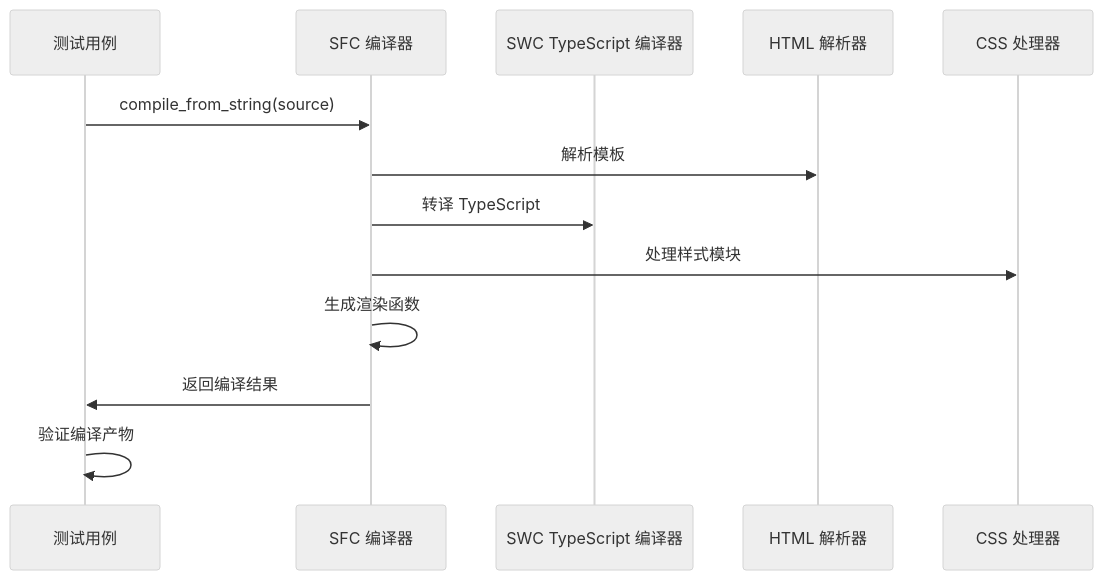
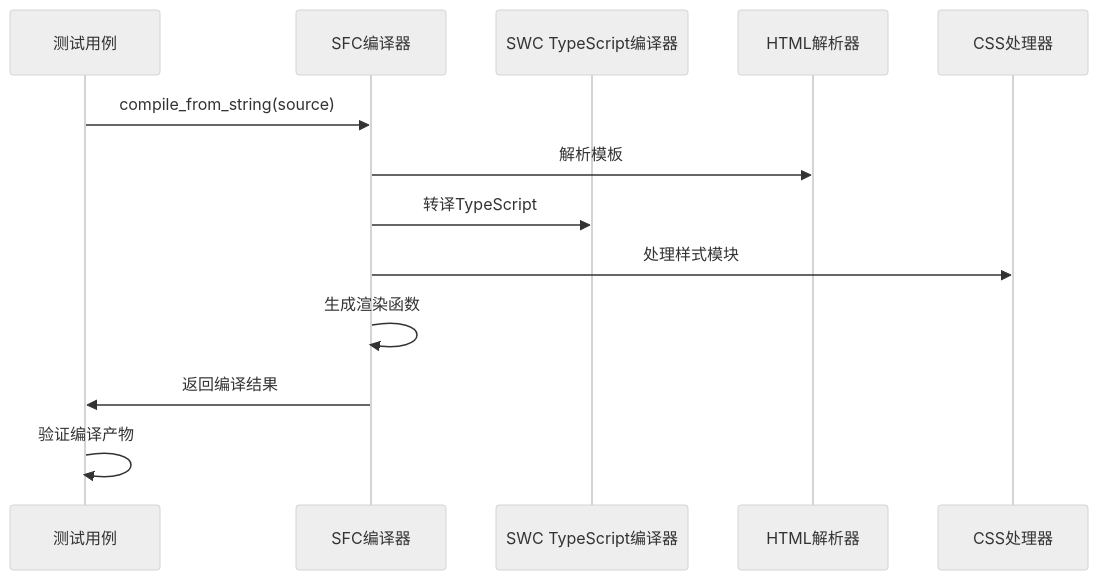
Before and after one commit to itszzl-sudo/iris: the ninth of 15 diagrams in .qoder/repowiki/zh/content/核心功能特性/工程化与商业化能力/测试框架与基础设施/测试框架与基础设施.md, drawn with Mermaid (neutral theme). The commit also changed other lines of this file and 4 other files, not shown here.

````diff
--- a/.qoder/repowiki/zh/content/核心功能特性/工程化与商业化能力/测试框架与基础设施/测试框架与基础设施.md
+++ b/.qoder/repowiki/zh/content/核心功能特性/工程化与商业化能力/测试框架与基础设施/测试框架与基础设施.md
@@ -320,15 +390,15 @@
 ```mermaid
 sequenceDiagram
 participant TEST as 测试用例
-participant COMPILER as SFC 编译器
-participant SWC as SWC TypeScript 编译器
-participant HTML as HTML 解析器
-participant CSS as CSS 处理器
+participant COMPILER as SFC编译器
+participant SWC as SWC TypeScript编译器
+participant HTML as HTML解析器
+participant CSS as CSS处理器
 TEST->>COMPILER : compile_from_string(source)
 COMPILER->>HTML : 解析模板
-COMPILER->>SWC : 转译 TypeScript
+COMPILER->>SWC : 转译TypeScript
 COMPILER->>CSS : 处理样式模块
 COMPILER->>COMPILER : 生成渲染函数
 COMPILER->>TEST : 返回编译结果
 TEST->>TEST : 验证编译产物
 ```
````
